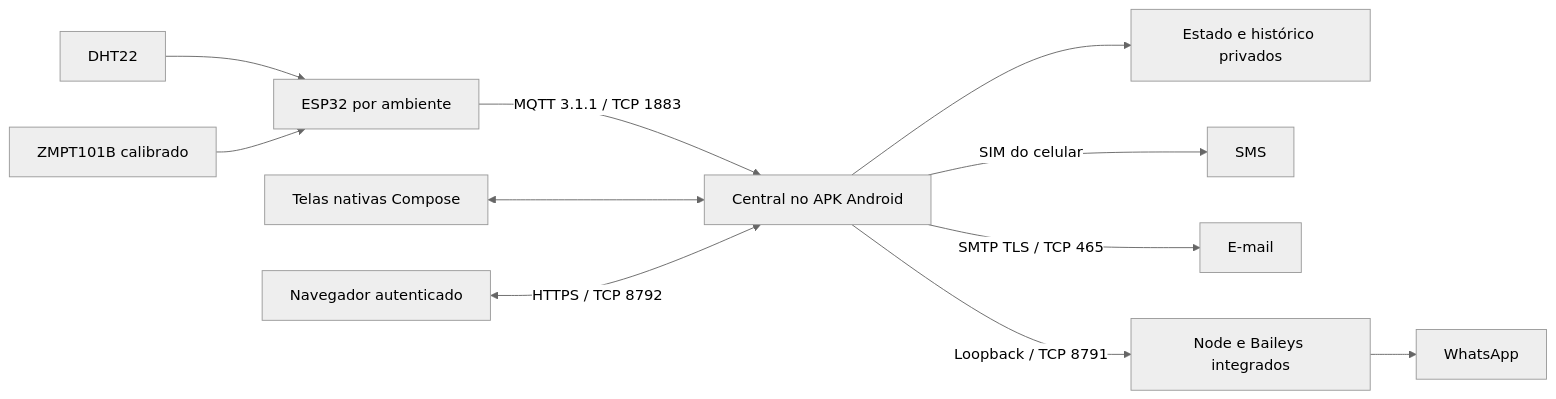
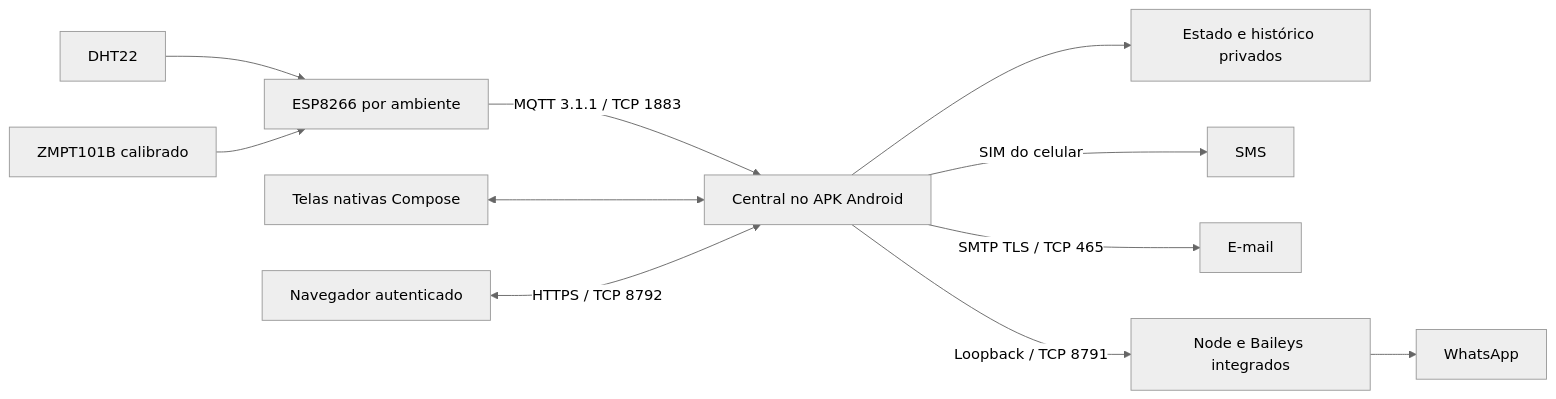
The diagram in README.md (ThHSzR/winterhold), drawn with Mermaid (neutral theme) before and after one commit. The commit also changed other lines of this file and 4 other files, not shown here.

````diff
--- a/README.md
+++ b/README.md
@@ -57,13 +57,13 @@
 ```mermaid
 flowchart LR
-    DHT[DHT22] --> ESP[ESP32 por ambiente]
+    DHT[DHT22] --> ESP[ESP8266 por ambiente]
     ZMPT[ZMPT101B calibrado] --> ESP
     ESP -->|MQTT 3.1.1 / TCP 1883| CENTRAL[Central no APK Android]
     UI[Telas nativas Compose] <--> CENTRAL
     WEB[Navegador autenticado] <-->|HTTPS / TCP 8792| CENTRAL
     CENTRAL --> STATE[Estado e histórico privados]
     CENTRAL -->|SIM do celular| SMS[SMS]
     CENTRAL -->|SMTP TLS / TCP 465| EMAIL[E-mail]
     CENTRAL -->|Loopback / TCP 8791| NODE[Node e Baileys integrados]
     NODE --> WA[WhatsApp]
 ```
````
